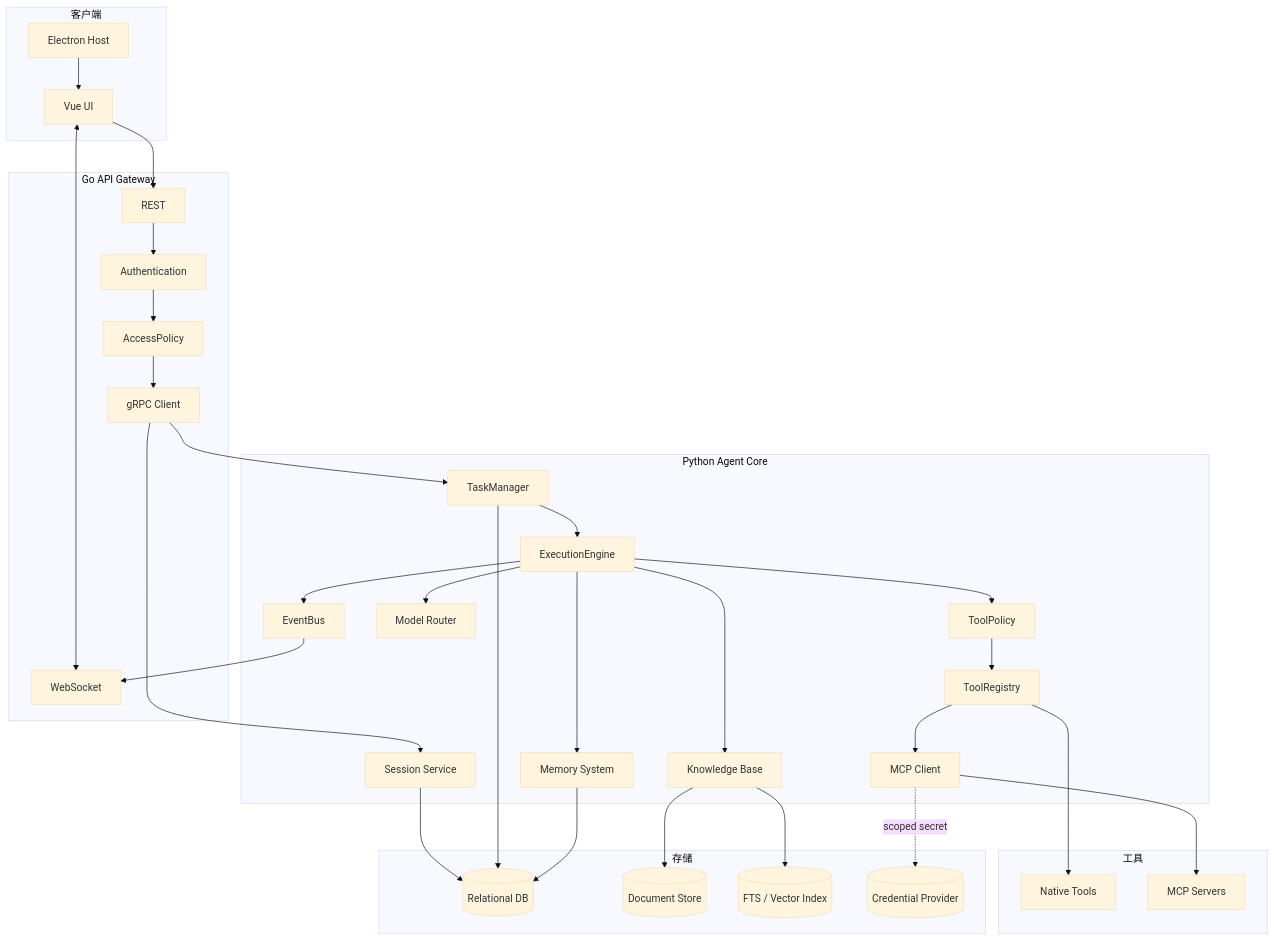
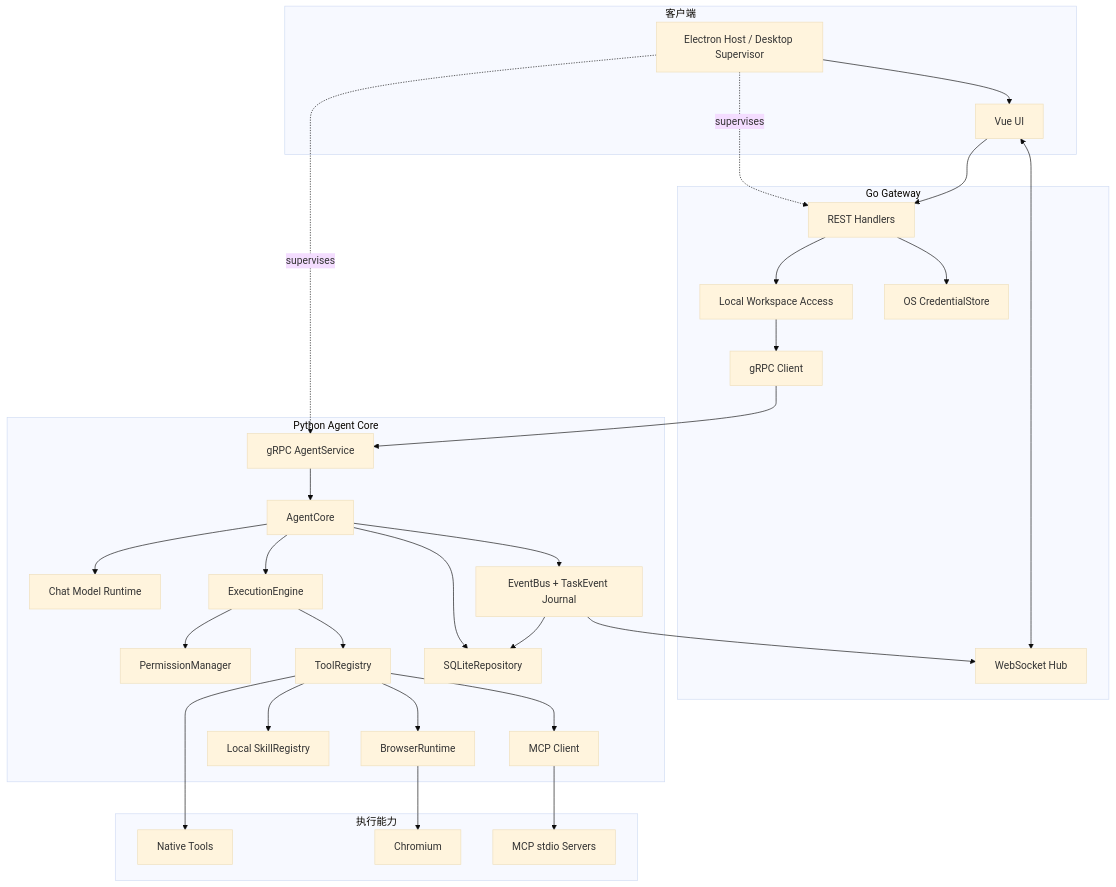
One commit to Mime-AL/MaigoKite changed the diagram in docs/design/ComponentDiagram.md. Above: the diagram before and after it, drawn with Mermaid (base theme). The commit also changed other lines of this file and 104 other files, not shown here.

````diff
--- a/docs/design/ComponentDiagram.md
+++ b/docs/design/ComponentDiagram.md
@@ -11,60 +9,53 @@
 ```mermaid
 flowchart TB
     subgraph Client[客户端]
         Vue[Vue UI]
-        Electron[Electron Host]
+        Electron[Electron Host / Desktop Supervisor]
     end
 
-    subgraph Edge[Go API Gateway]
-        REST[REST]
-        WS[WebSocket]
-        Auth[Authentication]
-        Access[AccessPolicy]
+    subgraph Edge[Go Gateway]
+        REST[REST Handlers]
+        WS[WebSocket Hub]
+        Access[Local Workspace Access]
+        Credential[OS CredentialStore]
         GRPCClient[gRPC Client]
     end
 
     subgraph Core[Python Agent Core]
-        Session[Session Service]
-        Task[TaskManager]
+        Service[gRPC AgentService]
+        Agent[AgentCore]
+        Model[Chat Model Runtime]
         Engine[ExecutionEngine]
-        ToolPolicy[ToolPolicy]
+        Policy[PermissionManager]
         Registry[ToolRegistry]
-        Memory[Memory System]
-        Knowledge[Knowledge Base]
-        Model[Model Router]
-        Event[EventBus]
+        Events[EventBus + TaskEvent Journal]
+        Browser[BrowserRuntime]
+        Skills[Local SkillRegistry]
         MCPClient[MCP Client]
+        Repo[SQLiteRepository]
     end
 
-    subgraph Tools[工具]
+    subgraph Tools[执行能力]
         Native[Native Tools]
-        MCP[MCP Servers]
-    end
-
-    subgraph Storage[存储]
-        DB[(Relational DB)]
-        Blob[(Document Store)]
-        Index[(FTS / Vector Index)]
-        Secret[(Credential Provider)]
+        Chrome[Chromium]
+        MCP[MCP stdio Servers]
     end
 
     Vue --> REST
     Vue <--> WS
     Electron --> Vue
-    REST --> Auth --> Access --> GRPCClient
-    GRPCClient --> Session
-    GRPCClient --> Task
-    Task --> Engine --> ToolPolicy --> Registry
+    Electron -. supervises .-> REST
+    Electron -. supervises .-> Service
+    REST --> Access --> GRPCClient --> Service --> Agent
+    REST --> Credential
+    Agent --> Model
+    Agent --> Engine --> Policy
+    Engine --> Registry
     Registry --> Native
+    Registry --> Browser --> Chrome
+    Registry --> Skills
     Registry --> MCPClient --> MCP
-    Engine --> Memory
-    Engine --> Knowledge
-    Engine --> Model
-    Engine --> Event --> WS
-    Session --> DB
-    Task --> DB
-    Memory --> DB
-    Knowledge --> Blob
-    Knowledge --> Index
-    MCPClient -. scoped secret .-> Secret
+    Agent --> Events --> Repo
+    Agent --> Repo
+    Events --> WS
 ```
````
